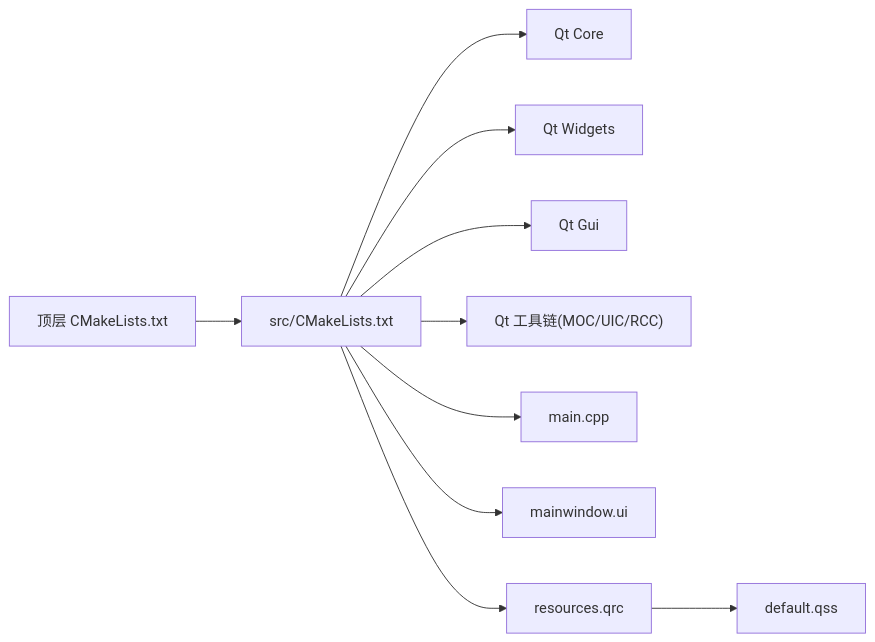
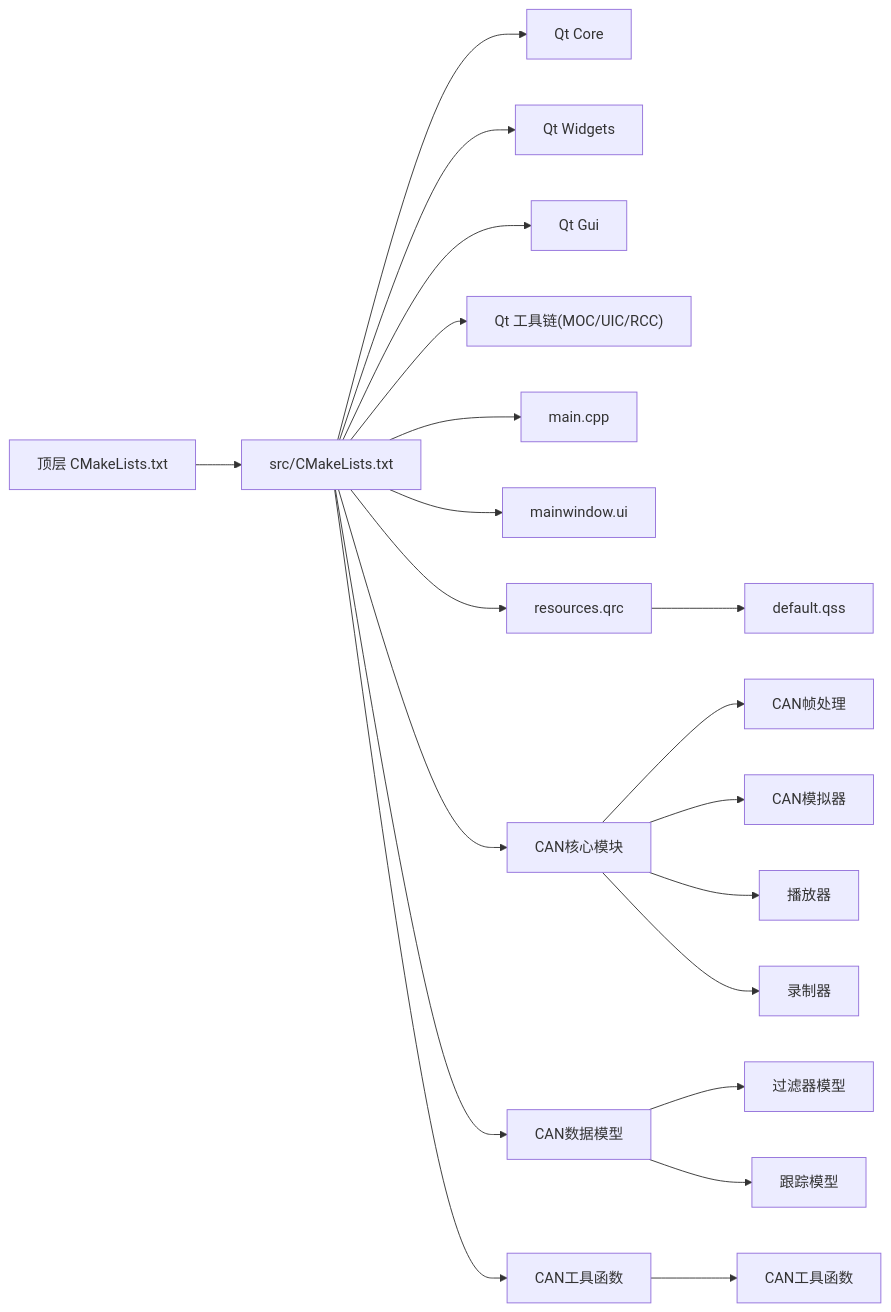
One commit to jakecai1225-design/OpenBus changed the fourth of 4 diagrams in .qoder/repowiki/zh/content/构建和部署/CMake构建配置.md. Above: the diagram before and after it, drawn with Mermaid. The commit also changed other lines of this file and 31 other files, not shown here.

````diff
--- a/.qoder/repowiki/zh/content/构建和部署/CMake构建配置.md
+++ b/.qoder/repowiki/zh/content/构建和部署/CMake构建配置.md
@@ -243,12 +393,22 @@
 ```mermaid
 graph LR
 Root["顶层 CMakeLists.txt"] --> Src["src/CMakeLists.txt"]
 Src --> QtCore["Qt Core"]
 Src --> QtWidgets["Qt Widgets"]
 Src --> QtGui["Qt Gui"]
 Src --> QtTools["Qt 工具链(MOC/UIC/RCC)"]
 Src --> Main["main.cpp"]
 Src --> UI["mainwindow.ui"]
 Src --> QRC["resources.qrc"]
 QRC --> QSS["default.qss"]
+Src --> CoreModule["CAN核心模块"]
+Src --> ModelModule["CAN数据模型"]
+Src --> UtilsModule["CAN工具函数"]
+CoreModule --> CanFrame["CAN帧处理"]
+CoreModule --> CanSimulator["CAN模拟器"]
+CoreModule --> Player["播放器"]
+CoreModule --> Recorder["录制器"]
+ModelModule --> FilterModel["过滤器模型"]
+ModelModule --> TraceModel["跟踪模型"]
+UtilsModule --> CanUtils["CAN工具函数"]
 ```
````
